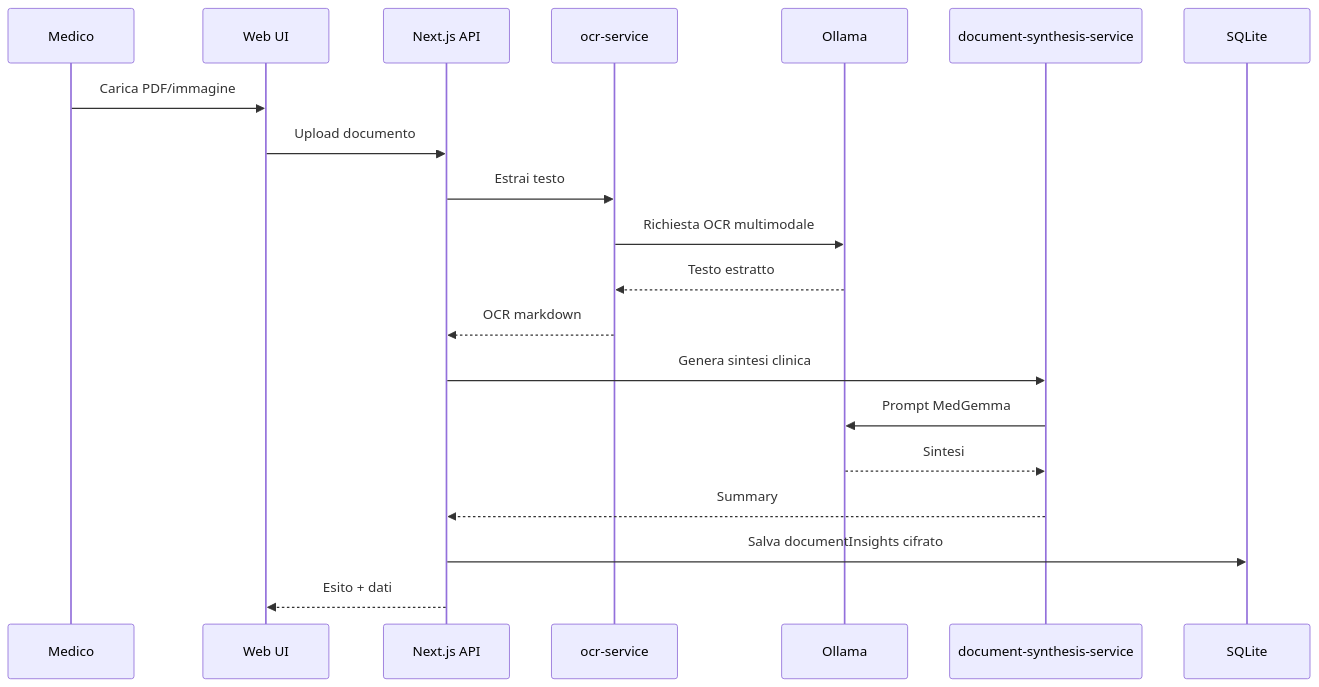
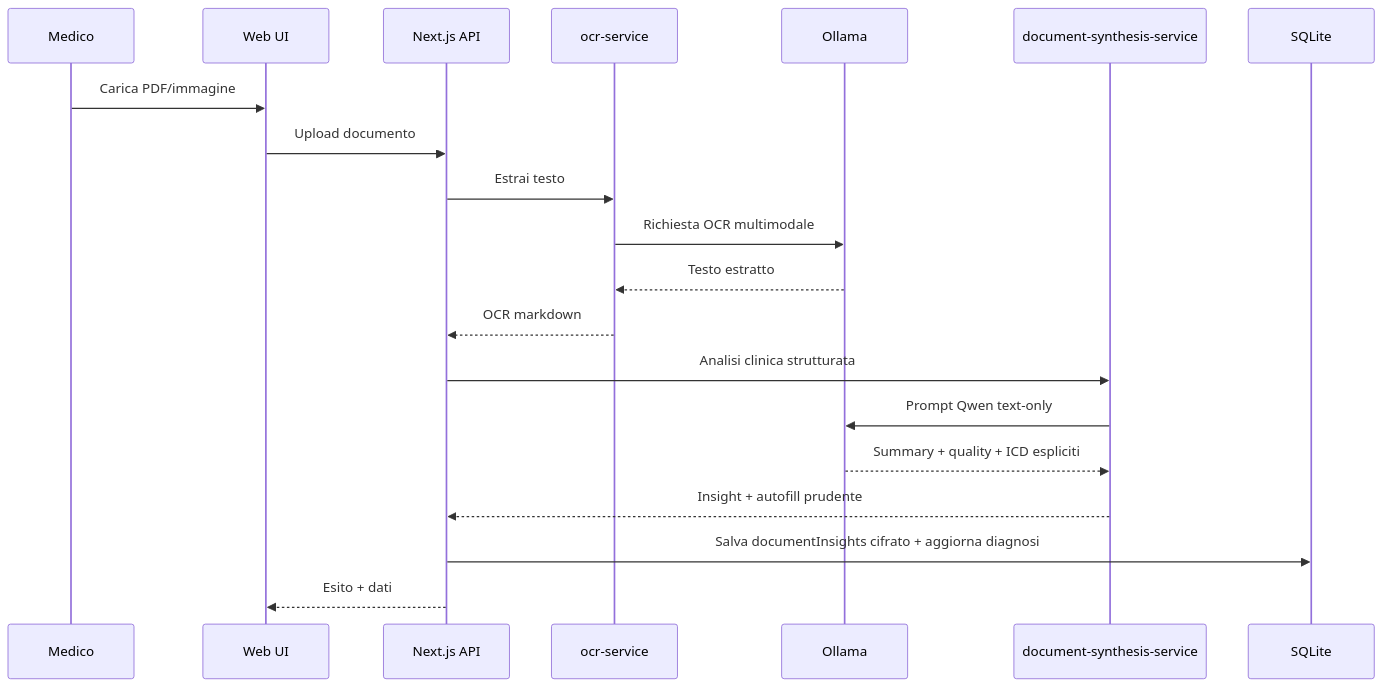
The seventh of 8 diagrams in docs/topologia-dati-flussi.md (Wulfgardr/mediflow), drawn with Mermaid before and after one commit. The commit also changed other lines of this file and 36 other files, not shown here.

Commit message:
Add reviewed smart import and OCR-first document autofill

````diff
--- a/docs/topologia-dati-flussi.md
+++ b/docs/topologia-dati-flussi.md
@@ -249,22 +249,22 @@
 ```mermaid
 sequenceDiagram
     participant Clinician as Medico
     participant UI as Web UI
     participant API as Next.js API
     participant OCR as ocr-service
     participant LLM as Ollama
     participant Synth as document-synthesis-service
     participant DB as SQLite
     Clinician->>UI: Carica PDF/immagine
     UI->>API: Upload documento
     API->>OCR: Estrai testo
     OCR->>LLM: Richiesta OCR multimodale
     LLM-->>OCR: Testo estratto
     OCR-->>API: OCR markdown
-    API->>Synth: Genera sintesi clinica
-    Synth->>LLM: Prompt MedGemma
-    LLM-->>Synth: Sintesi
-    Synth-->>API: Summary
-    API->>DB: Salva documentInsights cifrato
+    API->>Synth: Analisi clinica strutturata
+    Synth->>LLM: Prompt Qwen text-only
+    LLM-->>Synth: Summary + quality + ICD espliciti
+    Synth-->>API: Insight + autofill prudente
+    API->>DB: Salva documentInsights cifrato + aggiorna diagnosi
     API-->>UI: Esito + dati
 ```
````
